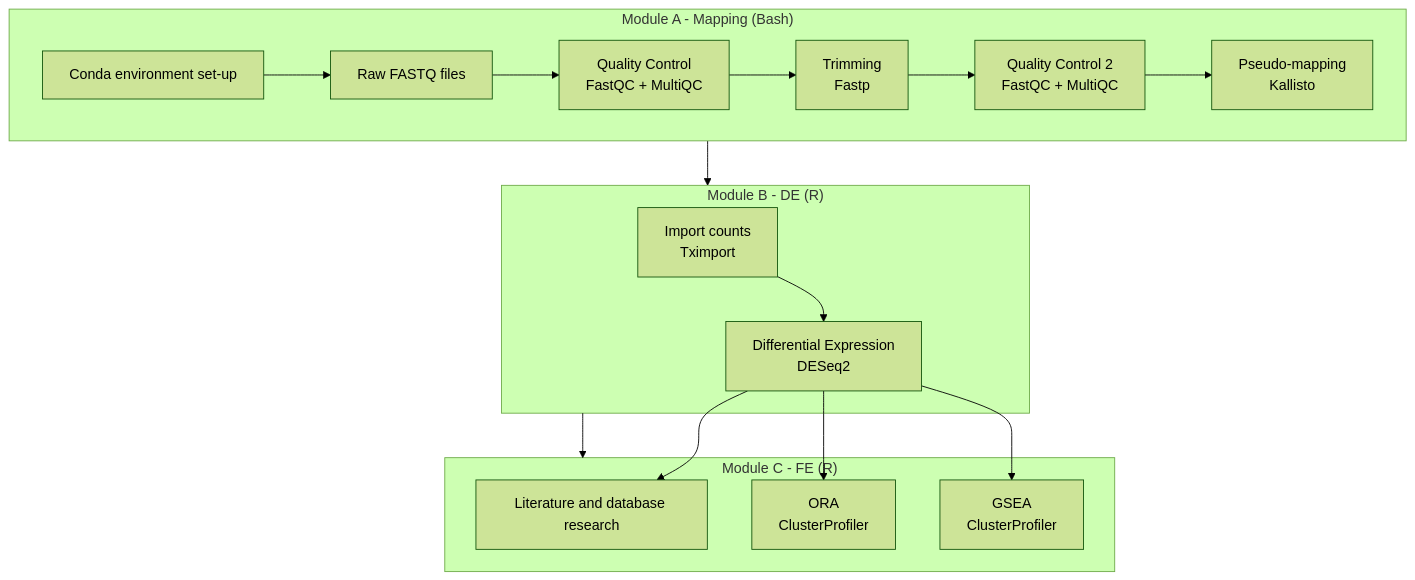
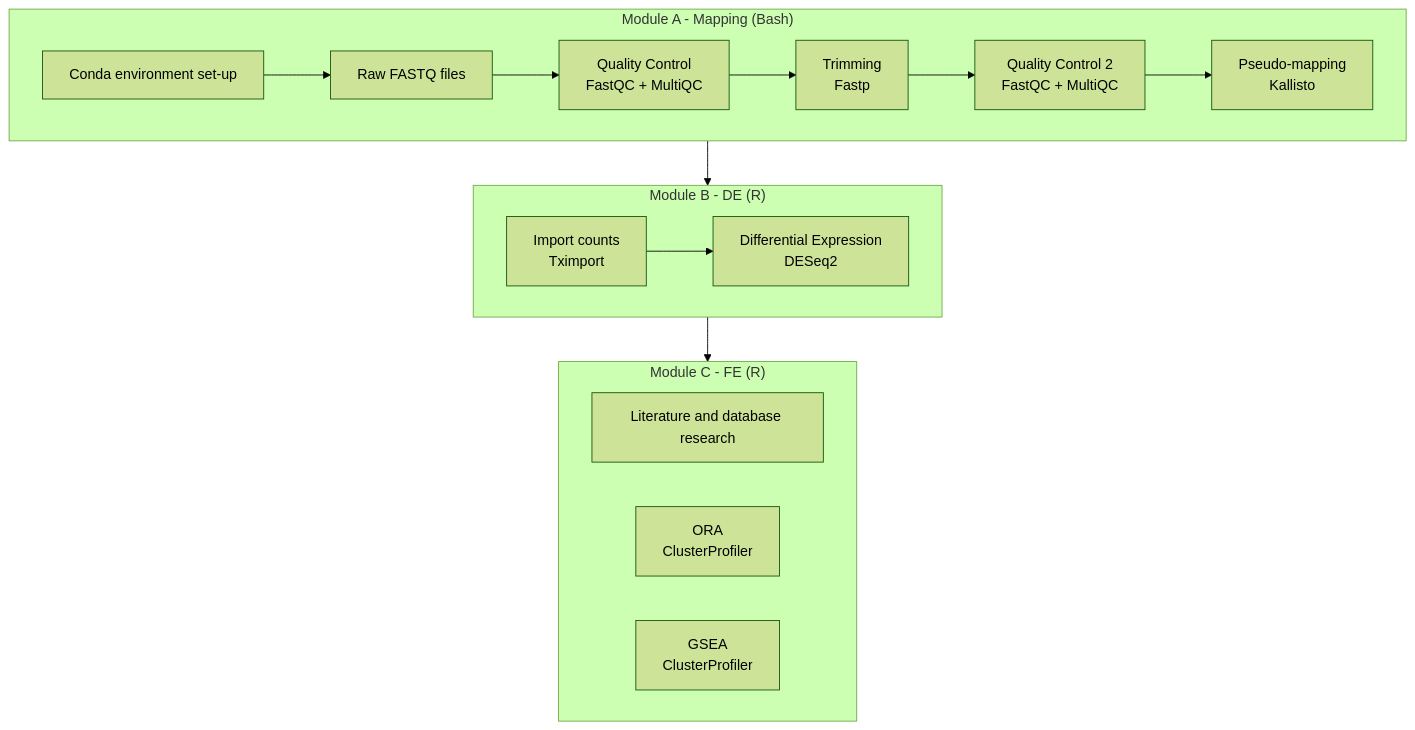
Before and after one commit to pierpaolo-cantisani/RNASeq-with-Insights: the diagram in README.md, drawn with Mermaid (forest theme).

Commit message:
README.md

````diff
--- a/README.md
+++ b/README.md
@@ -17,26 +17,23 @@
 ```mermaid
 flowchart TD
     subgraph A["Module A - Mapping (Bash)"]
         A1[Conda environment set-up] --> A2[Raw FASTQ files]
         A2 --> A3[Quality Control<br/>FastQC + MultiQC]
         A3 --> A4[Trimming<br/>Fastp]
         A4 --> A5[Quality Control 2<br/>FastQC + MultiQC]
         A5 --> A6[Pseudo-mapping<br/>Kallisto]
     end
 
     subgraph B["Module B - DE (R)"]
         B1[Import counts<br/>Tximport] --> B2[Differential Expression\nDESeq2]
     end
 
     subgraph C["Module C - FE (R)"]
         C1[Literature and database research]
         C2[ORA<br/>ClusterProfiler]
         C3[GSEA<br/>ClusterProfiler]
     end
 
     A --> B
     B --> C
-    B2 --> C1
-    B2 --> C2
-    B2 --> C3
 ```
````
